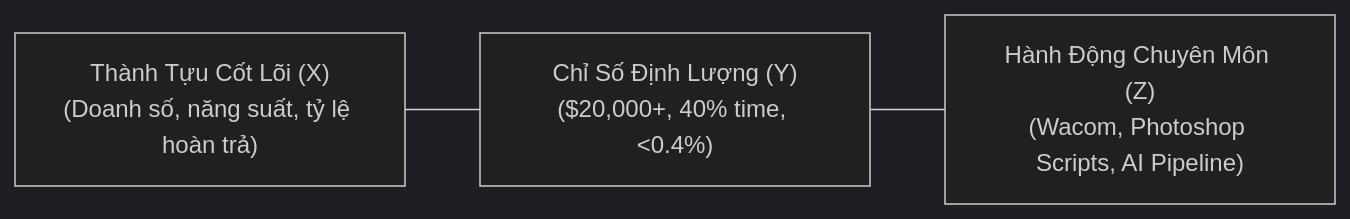
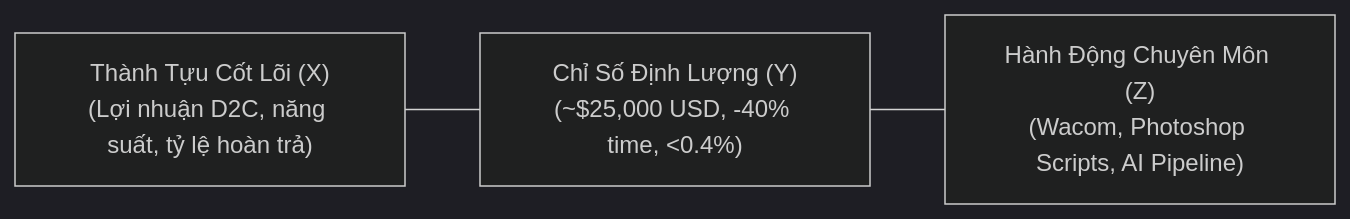
Before and after one commit to tieungoctran/portfolio: the diagram in .agents/skills/career-advancement-outreach/SKILL.md, drawn with Mermaid (dark theme). The commit also changed other lines of this file and 33 other files, not shown here.

````diff
--- a/.agents/skills/career-advancement-outreach/SKILL.md
+++ b/.agents/skills/career-advancement-outreach/SKILL.md
@@ -21,5 +21,5 @@
 ```mermaid
 flowchart LR
-    X["Thành Tựu Cốt Lõi (X)\n(Doanh số, năng suất, tỷ lệ hoàn trả)"] --- Y["Chỉ Số Định Lượng (Y)\n($20,000+, 40% time, <0.4%)"]
+    X["Thành Tựu Cốt Lõi (X)\n(Lợi nhuận D2C, năng suất, tỷ lệ hoàn trả)"] --- Y["Chỉ Số Định Lượng (Y)\n(~$25,000 USD, -40% time, <0.4%)"]
     Y --- Z["Hành Động Chuyên Môn (Z)\n(Wacom, Photoshop Scripts, AI Pipeline)"]
 ```
````
